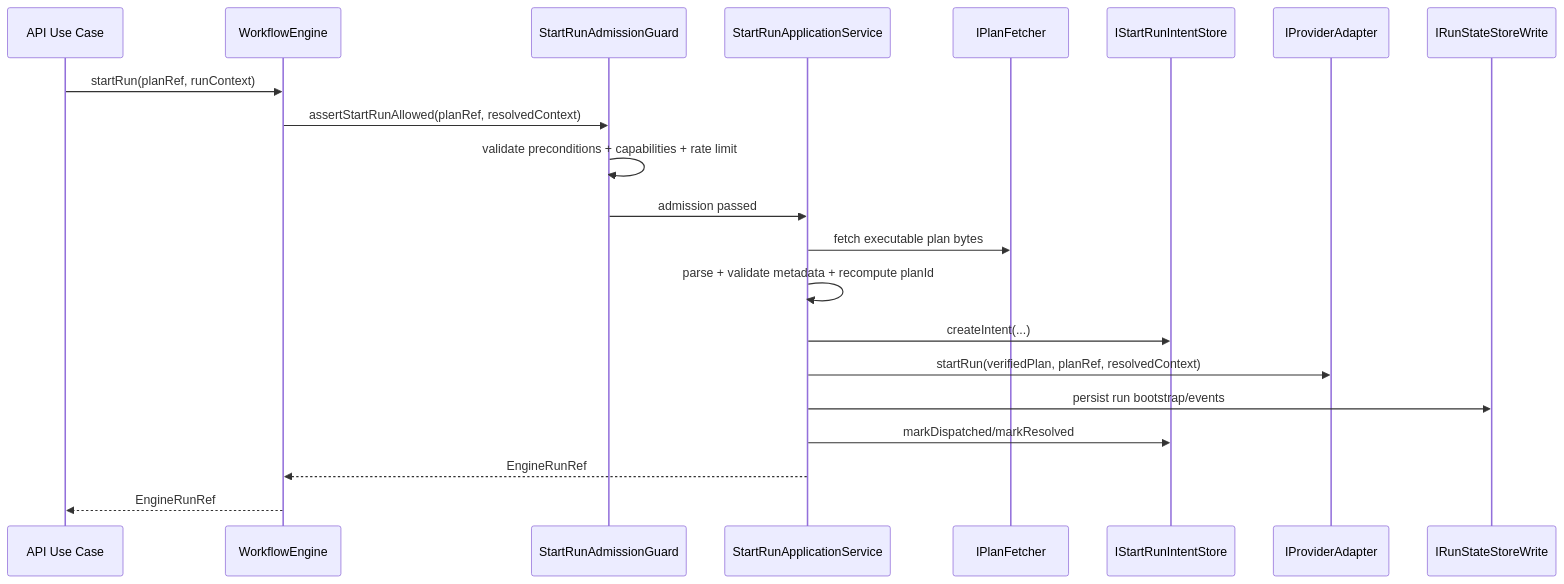
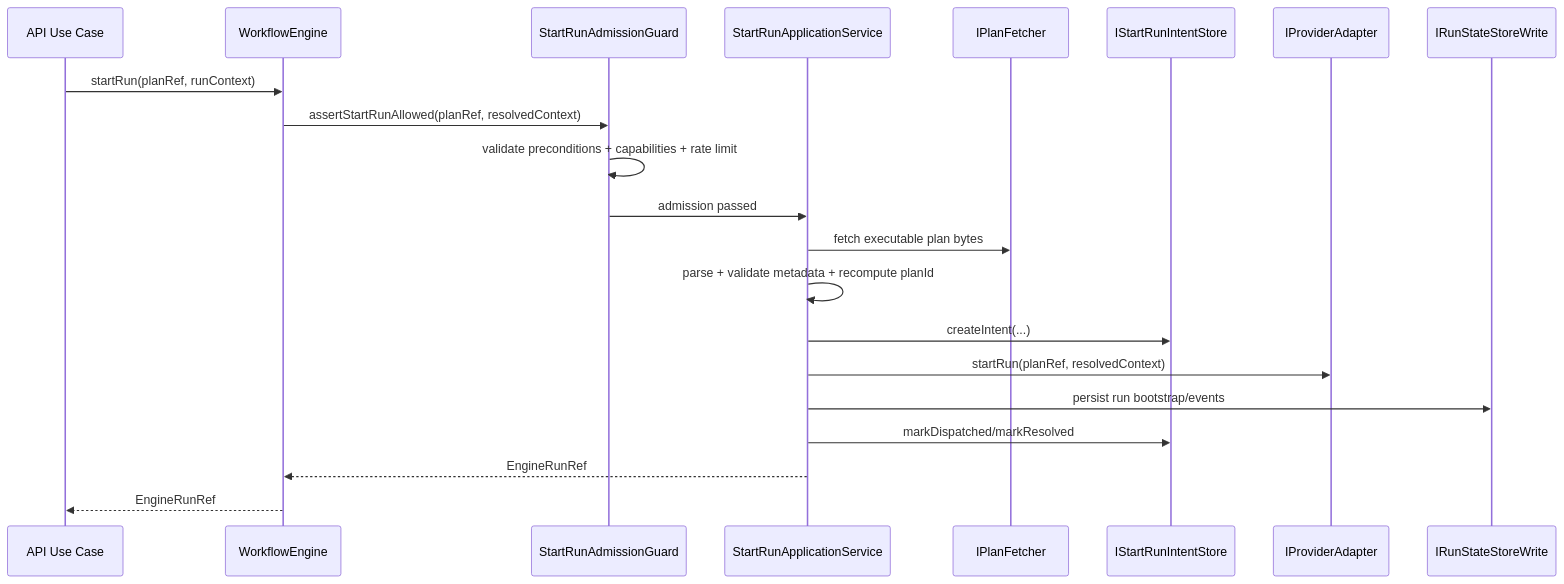
The third of 5 diagrams in docs/architecture/components/engine/architecture/workflow-engine-subsystem-context.md (dunay2/dvt), drawn with Mermaid before and after one commit. The commit also changed 48 other files, not shown here.

Commit message:
fix(contracts): Hard-cut provider startRun to PlanRef

````diff
--- a/docs/architecture/components/engine/architecture/workflow-engine-subsystem-context.md
+++ b/docs/architecture/components/engine/architecture/workflow-engine-subsystem-context.md
@@ -167,24 +167,24 @@
 ```mermaid
 sequenceDiagram
   participant Client as API Use Case
   participant Engine as WorkflowEngine
   participant Guard as StartRunAdmissionGuard
   participant StartRun as StartRunApplicationService
   participant PlanStore as IPlanFetcher
   participant Intent as IStartRunIntentStore
   participant Adapter as IProviderAdapter
   participant State as IRunStateStoreWrite
 
   Client->>Engine: startRun(planRef, runContext)
   Engine->>Guard: assertStartRunAllowed(planRef, resolvedContext)
   Guard->>Guard: validate preconditions + capabilities + rate limit
   Guard->>StartRun: admission passed
   StartRun->>PlanStore: fetch executable plan bytes
   StartRun->>StartRun: parse + validate metadata + recompute planId
   StartRun->>Intent: createIntent(...)
-  StartRun->>Adapter: startRun(verifiedPlan, planRef, resolvedContext)
+  StartRun->>Adapter: startRun(planRef, resolvedContext)
   StartRun->>State: persist run bootstrap/events
   StartRun->>Intent: markDispatched/markResolved
   StartRun-->>Engine: EngineRunRef
   Engine-->>Client: EngineRunRef
 ```
````
